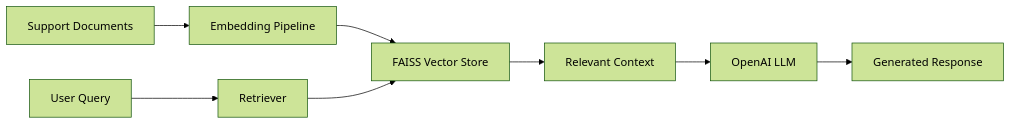
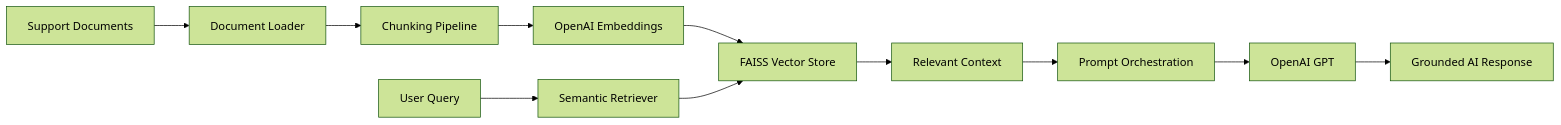
One commit to mrrahulrana/fleet-support-rag-assistant changed the diagram in README.md. Above: the diagram before and after it, drawn with Mermaid (forest theme). The commit also changed other lines of this file and 9 other files, not shown here.

Commit message:
Add multi-provider LLM orchestration and local embeddings support

````diff
--- a/README.md
+++ b/README.md
@@ -28,14 +32,25 @@
 ```mermaid
 flowchart LR
 
-A[Support Documents] --> B[Embedding Pipeline]
-B --> C[FAISS Vector Store]
+A[Support Documents]
+--> B[Document Loader]
 
-D[User Query] --> E[Retriever]
-E --> C
+B --> C[Chunking Pipeline]
 
-C --> F[Relevant Context]
-F --> G[OpenAI LLM]
+C --> D[OpenAI Embeddings]
 
-G --> H[Generated Response]
+D --> E[FAISS Vector Store]
+
+F[User Query]
+--> G[Semantic Retriever]
+
+G --> E
+
+E --> H[Relevant Context]
+
+H --> I[Prompt Orchestration]
+
+I --> J[OpenAI GPT]
+
+J --> K[Grounded AI Response]
 ```
````
